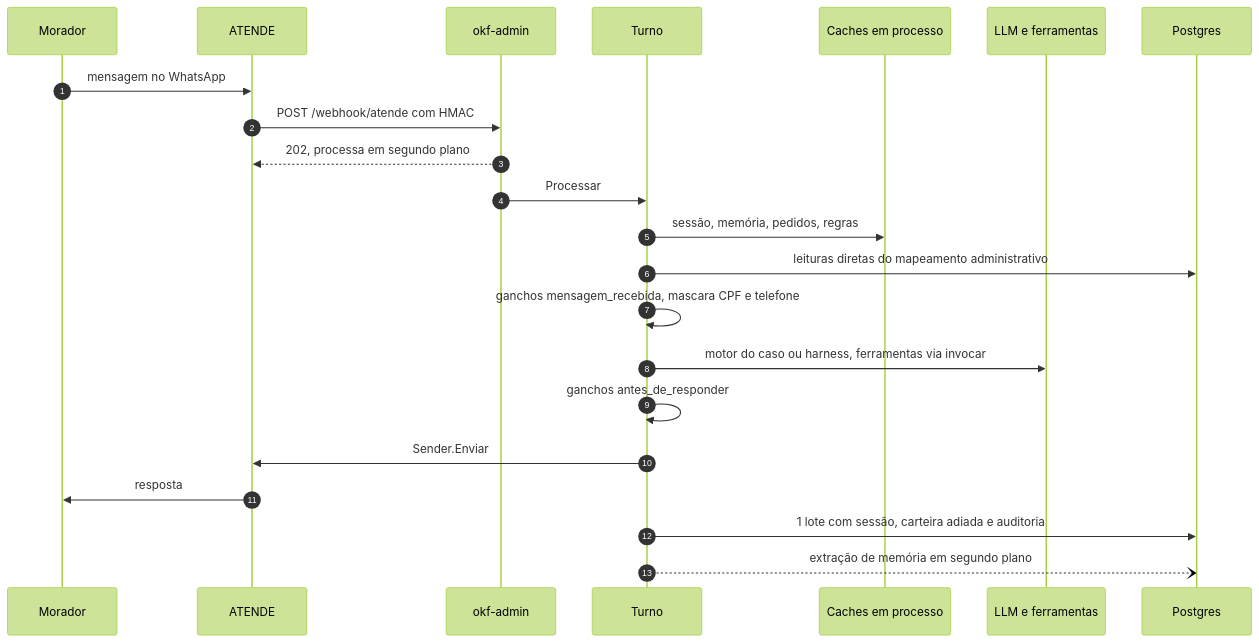
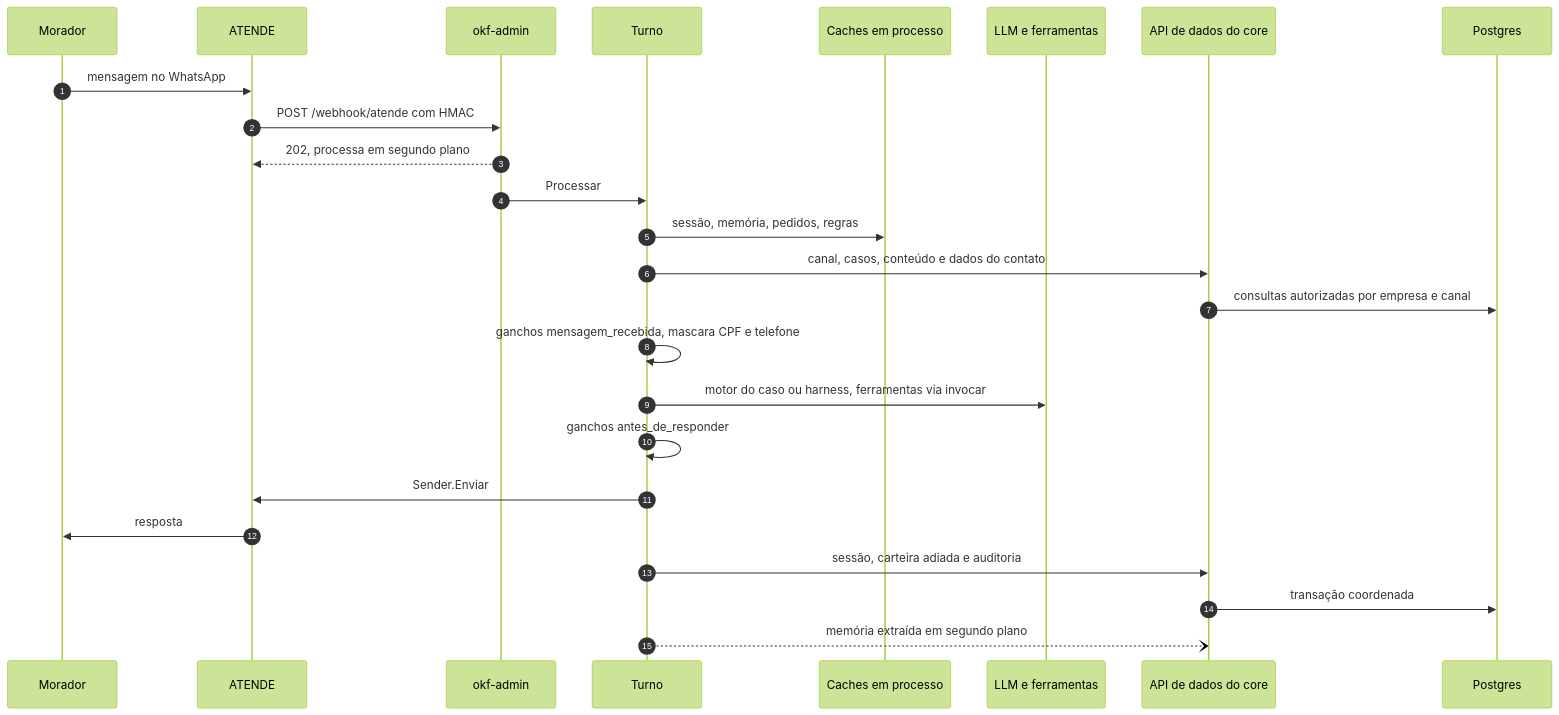
Before and after one commit to andersonfraiha-sl/go-concierge: the second of 2 diagrams in README.md, drawn with Mermaid (forest theme). The commit also changed other lines of this file and 1125 other files, not shown here.

Commit message:
refactor(concierge): separe harness e core com dados via HTTP

````diff
--- a/README.md
+++ b/README.md
@@ -136,25 +138,28 @@
 ```mermaid
 sequenceDiagram
     autonumber
     participant M as Morador
     participant A as ATENDE
     participant W as okf-admin
     participant T as Turno
     participant C as Caches em processo
     participant X as LLM e ferramentas
+    participant D as API de dados do core
     participant P as Postgres
 
     M->>A: mensagem no WhatsApp
     A->>W: POST /webhook/atende com HMAC
     W-->>A: 202, processa em segundo plano
     W->>T: Processar
     T->>C: sessão, memória, pedidos, regras
-    T->>P: leituras diretas do mapeamento administrativo
+    T->>D: canal, casos, conteúdo e dados do contato
+    D->>P: consultas autorizadas por empresa e canal
     T->>T: ganchos mensagem_recebida, mascara CPF e telefone
     T->>X: motor do caso ou harness, ferramentas via invocar
     T->>T: ganchos antes_de_responder
     T->>A: Sender.Enviar
     A->>M: resposta
-    T->>P: 1 lote com sessão, carteira adiada e auditoria
-    T--)P: extração de memória em segundo plano
+    T->>D: sessão, carteira adiada e auditoria
+    D->>P: transação coordenada
+    T--)D: memória extraída em segundo plano
 ```
````
